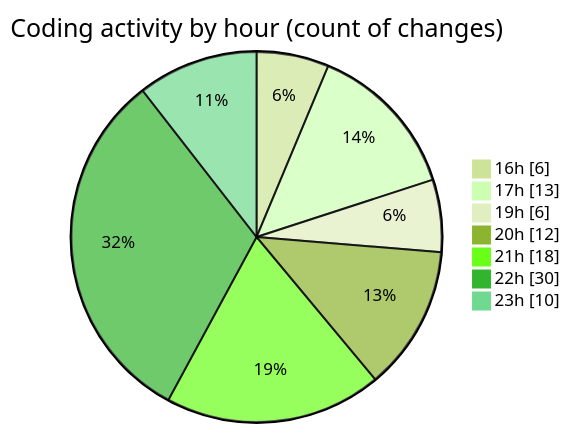
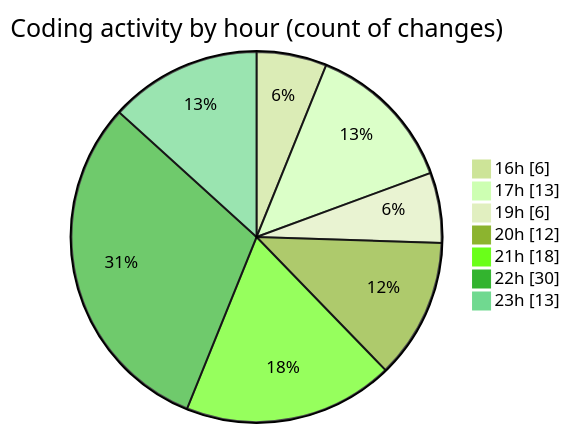
The second of 2 diagrams in 2025-06-22/studio-backend/README.md (idhammustaqopulfikri/code-tracking), drawn with Mermaid (forest theme) before and after one commit. The commit also changed other lines of this file and 1 other file, not shown here.

````diff
--- a/2025-06-22/studio-backend/README.md
+++ b/2025-06-22/studio-backend/README.md
@@ -39,11 +39,11 @@
 ```mermaid
 pie showData
 title Coding activity by hour (count of changes)
 "16h" : 6
 "17h" : 13
 "19h" : 6
 "20h" : 12
 "21h" : 18
 "22h" : 30
-"23h" : 10
+"23h" : 13
 ```
````
